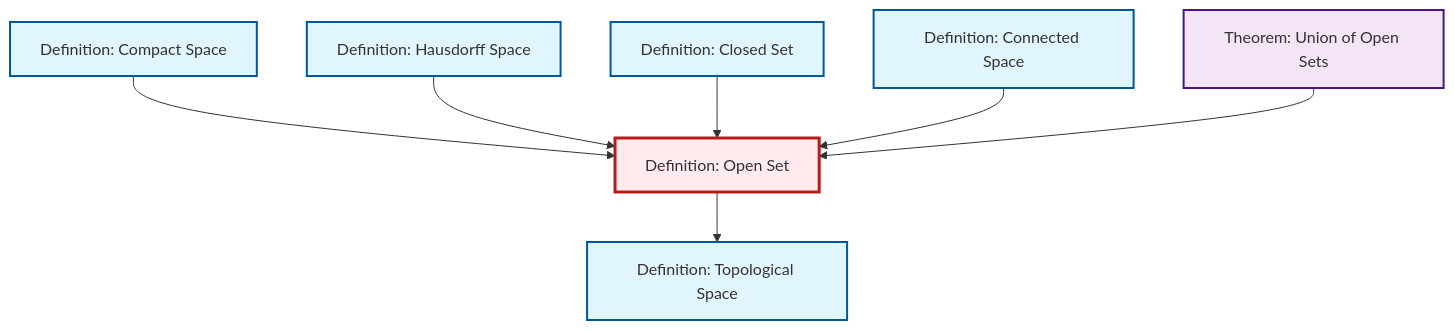
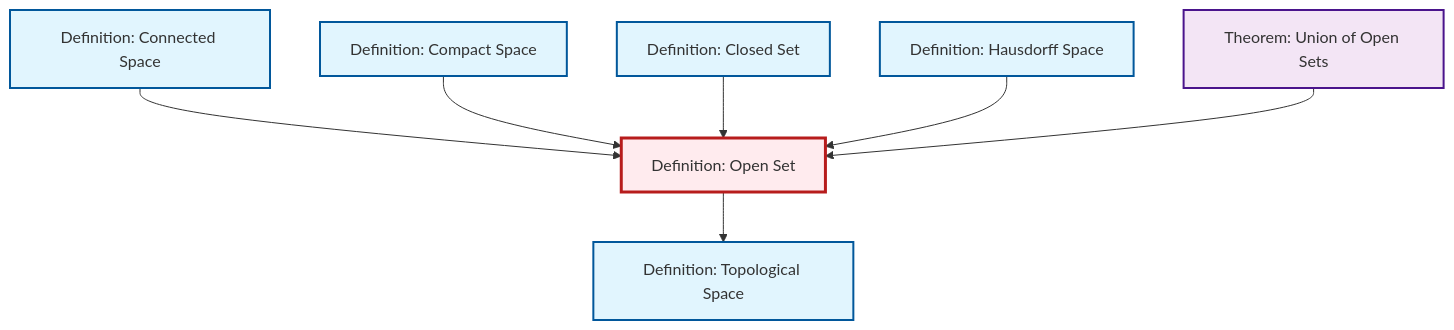
The diagram in content/ja/topology/def-open-set.qmd (RK0429/ModernMath), drawn with Mermaid before and after one commit. The commit also changed other lines of this file and 434 other files, not shown here.

````diff
--- a/content/ja/topology/def-open-set.qmd
+++ b/content/ja/topology/def-open-set.qmd
@@ -54,29 +54,29 @@
 ```{mermaid}
 %%| fig-cap: "Local dependency graph"
 graph TD
     classDef definition fill:#e1f5fe,stroke:#01579b,stroke-width:2px
     classDef theorem fill:#f3e5f5,stroke:#4a148c,stroke-width:2px
     classDef axiom fill:#fff3e0,stroke:#e65100,stroke-width:2px
     classDef example fill:#e8f5e9,stroke:#1b5e20,stroke-width:2px
     classDef current fill:#ffebee,stroke:#b71c1c,stroke-width:3px
     def-topological-space["Definition: Topological Space"]:::definition
+    def-closed-set["Definition: Closed Set"]:::definition
     thm-union-open-sets["Theorem: Union of Open Sets"]:::theorem
+    def-connected["Definition: Connected Space"]:::definition
+    def-open-set["Definition: Open Set"]:::definition
     def-hausdorff["Definition: Hausdorff Space"]:::definition
     def-compact["Definition: Compact Space"]:::definition
-    def-open-set["Definition: Open Set"]:::definition
-    def-connected["Definition: Connected Space"]:::definition
-    def-closed-set["Definition: Closed Set"]:::definition
-    def-compact --> def-open-set
-    def-hausdorff --> def-open-set
-    def-closed-set --> def-open-set
     def-open-set --> def-topological-space
     def-connected --> def-open-set
+    def-compact --> def-open-set
+    def-closed-set --> def-open-set
+    def-hausdorff --> def-open-set
     thm-union-open-sets --> def-open-set
     class def-open-set current
     click def-topological-space "def-topological-space.html" "Definition: Topological Spaceへ"
+    click def-closed-set "def-closed-set.html" "Definition: Closed Setへ"
     click thm-union-open-sets "thm-union-open-sets.html" "Theorem: Union of Open Setsへ"
+    click def-connected "def-connected.html" "Definition: Connected Spaceへ"
     click def-hausdorff "def-hausdorff.html" "Definition: Hausdorff Spaceへ"
     click def-compact "def-compact.html" "Definition: Compact Spaceへ"
-    click def-connected "def-connected.html" "Definition: Connected Spaceへ"
-    click def-closed-set "def-closed-set.html" "Definition: Closed Setへ"
 ```
````
